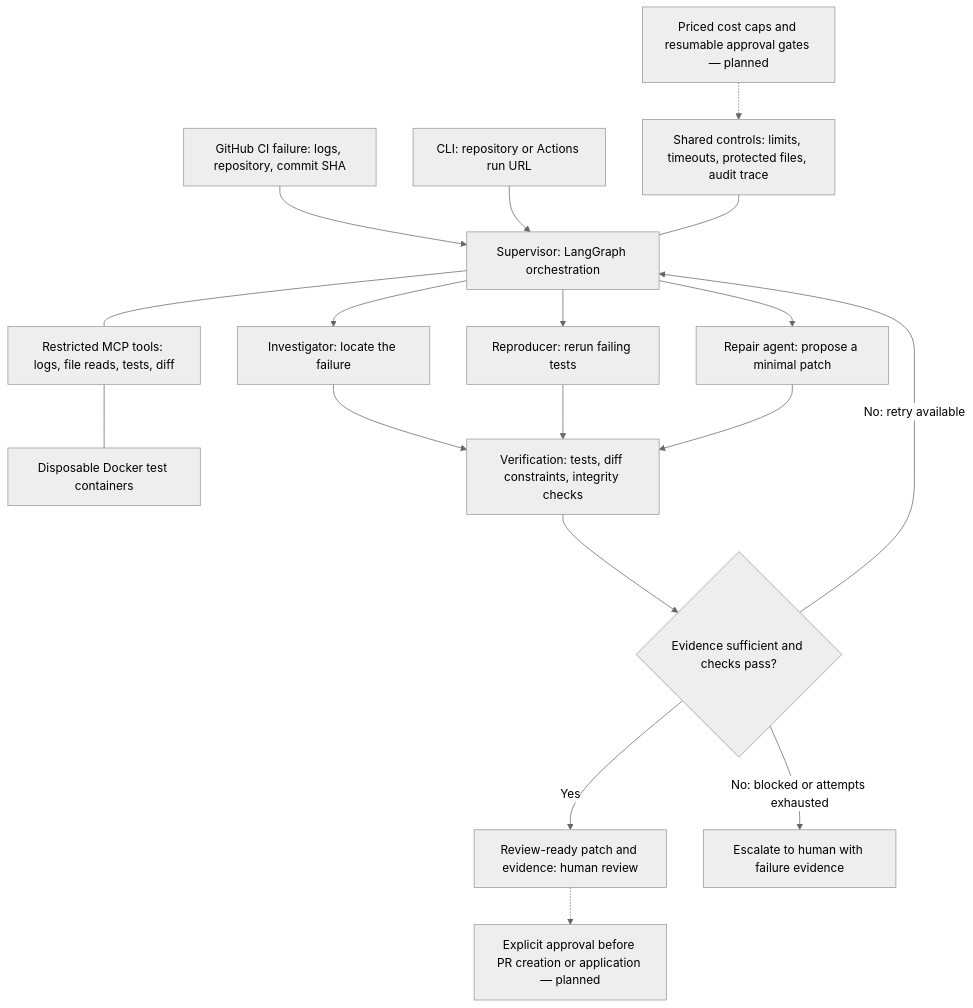
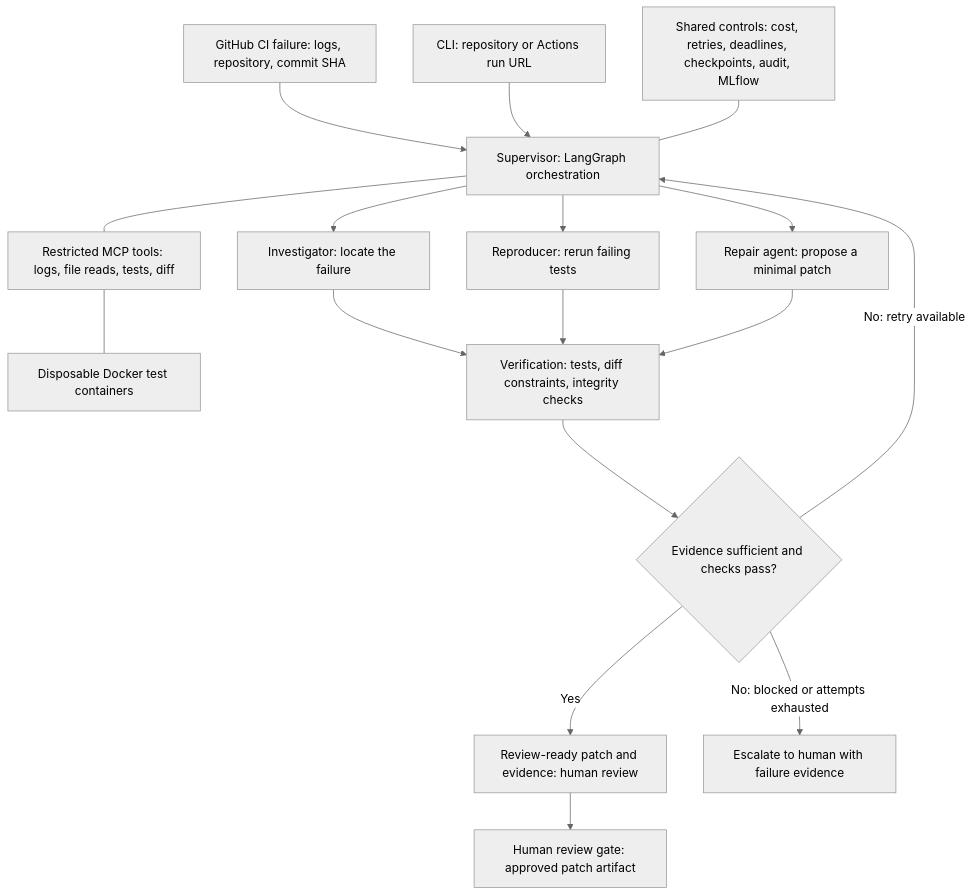
The diagram in README.md (Aahil19/ProofPatch), drawn with Mermaid (neutral theme) before and after one commit. The commit also changed other lines of this file and 22 other files, not shown here.

Commit message:
Add budget guardrails, checkpoint recovery, approval gate, and MLflow tracing

````diff
--- a/README.md
+++ b/README.md
@@ -128,21 +148,20 @@
 ```mermaid
 flowchart TD
     CI["GitHub CI failure: logs, repository, commit SHA"] --> S
     CLI["CLI: repository or Actions run URL"] --> S
     S["Supervisor: LangGraph orchestration"]
     S --> I["Investigator: locate the failure"]
     S --> R["Reproducer: rerun failing tests"]
     S --> P["Repair agent: propose a minimal patch"]
     S --- M["Restricted MCP tools: logs, file reads, tests, diff"]
     M --- D["Disposable Docker test containers"]
     I --> V
     R --> V
     P --> V
     V["Verification: tests, diff constraints, integrity checks"] --> G{"Evidence sufficient and checks pass?"}
     G -->|Yes| H["Review-ready patch and evidence: human review"]
     G -->|No: retry available| S
     G -->|No: blocked or attempts exhausted| E["Escalate to human with failure evidence"]
-    H -.-> A["Explicit approval before PR creation or application — planned"]
-    C["Shared controls: limits, timeouts, protected files, audit trace"] --- S
-    B["Priced cost caps and resumable approval gates — planned"] -.-> C
+    H --> A["Human review gate: approved patch artifact"]
+    C["Shared controls: cost, retries, deadlines, checkpoints, audit, MLflow"] --- S
 ```
````
